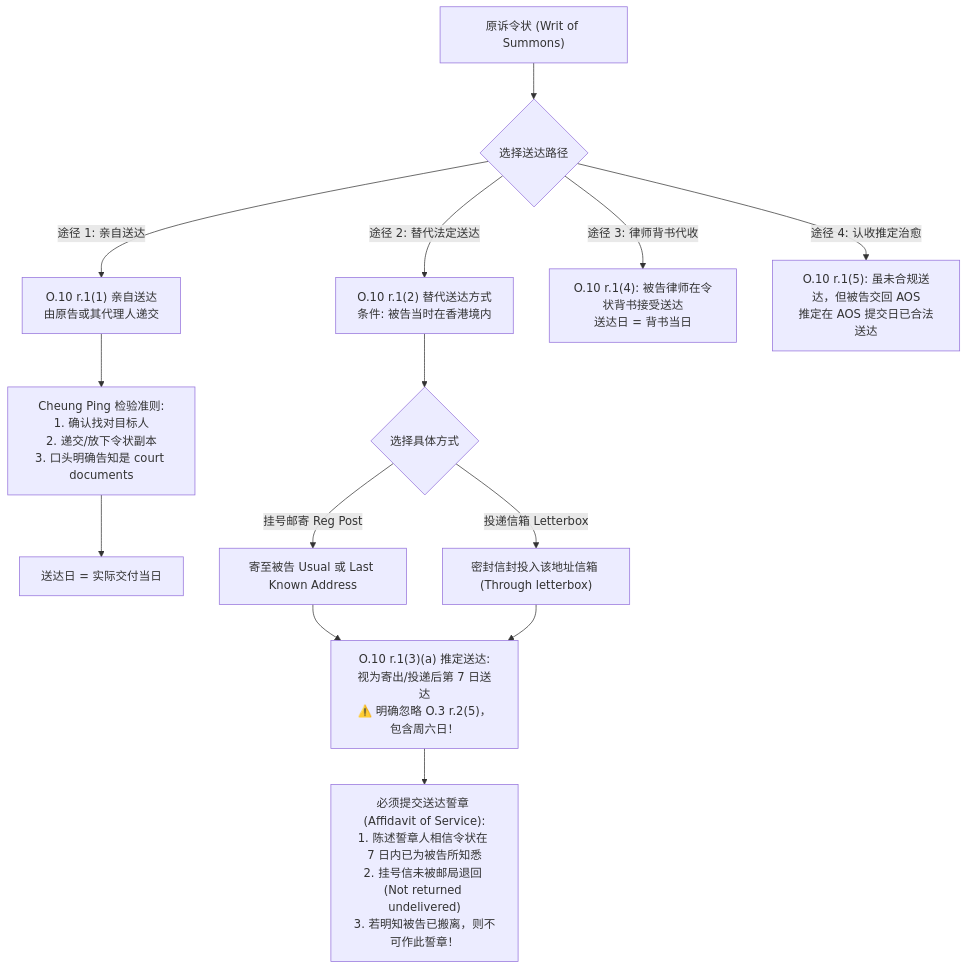
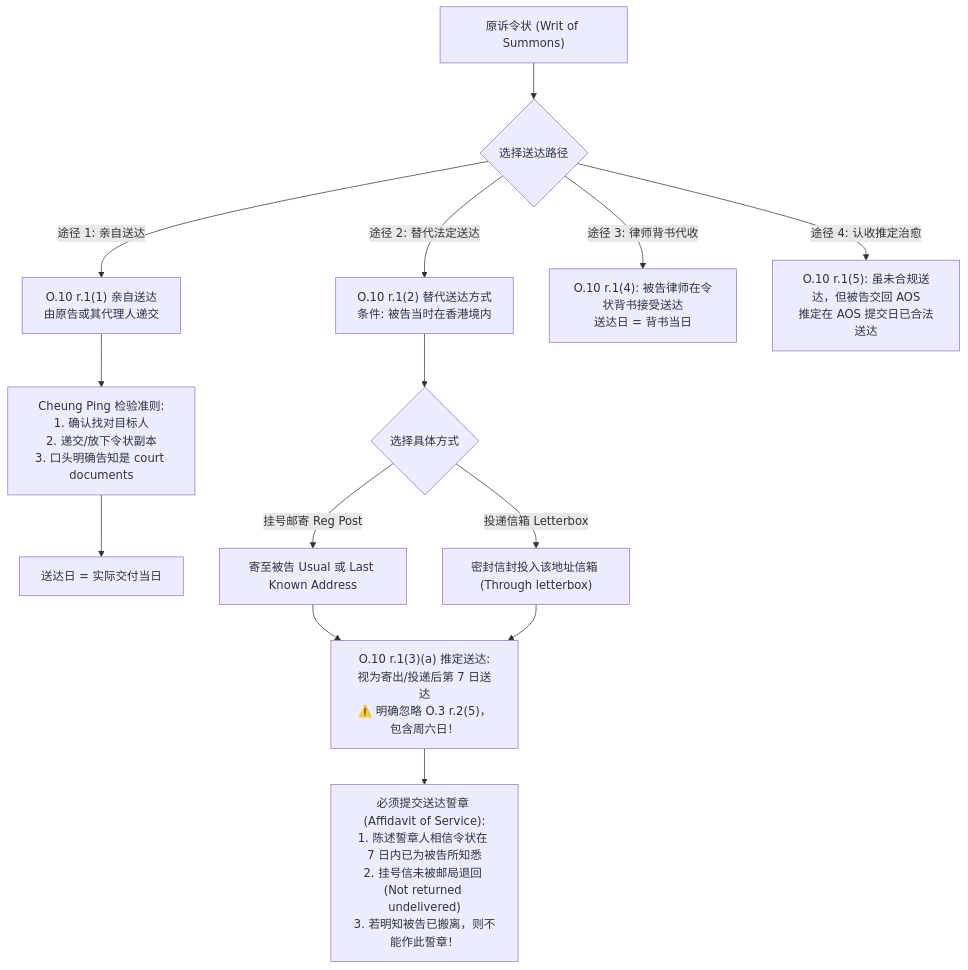
The fourth of 11 diagrams in src/content/docs/institutions/co03-service-and-aos.md (mixxmax/pcll-litigation-cards), drawn with Mermaid before and after one commit. The commit also changed other lines of this file and 2 other files, not shown here.

````diff
--- a/src/content/docs/institutions/co03-service-and-aos.md
+++ b/src/content/docs/institutions/co03-service-and-aos.md
@@ -322,22 +322,22 @@
 ```mermaid
 flowchart TD
     OrigWrit["原诉令状 (Writ of Summons)"] --> ServType{"选择送达路径"}
     
     ServType -->|"途径 1: 亲自送达"| PS["O.10 r.1(1) 亲自送达<br>由原告或其代理人递交"]
     PS --> PS_Req["Cheung Ping 检验准则:<br>1. 确认找对目标人<br>2. 递交/放下令状副本<br>3. 口头明确告知是 court documents"]
     PS_Req --> PS_Date["送达日 = 实际交付当日"]
     
     ServType -->|"途径 2: 替代法定送达"| Alt["O.10 r.1(2) 替代送达方式<br>条件: 被告当时在香港境内"]
     Alt --> AltOpt{"选择具体方式"}
     AltOpt -->|"挂号邮寄 Reg Post"| RegPost["寄至被告 Usual 或 Last Known Address"]
     AltOpt -->|"投递信箱 Letterbox"| BoxPost["密封信封投入该地址信箱 (Through letterbox)"]
     
     RegPost --> DeemCalc["O.10 r.1(3)(a) 推定送达:<br>视为寄出/投递后第 7 日送达<br>⚠️ 明确忽略 O.3 r.2(5)，包含周六日！"]
     BoxPost --> DeemCalc
     
-    DeemCalc --> AffReq["必须提交送达誓章 (Affidavit of Service):<br>1. 陈述誓章人相信令状在 7 日内已为被告所知悉<br>2. 挂号信未被邮局退回 (Not returned undelivered)<br>3. 若明知被告已搬离，则不可作此誓章！"]
+    DeemCalc --> AffReq["必须提交送达誓章 (Affidavit of Service):<br>1. 陈述誓章人相信令状在 7 日内已为被告所知悉<br>2. 挂号信未被邮局退回 (Not returned undelivered)<br>3. 若明知被告已搬离，则不能作此誓章！"]
     
     ServType -->|"途径 3: 律师背书代收"| SolEndorse["O.10 r.1(4): 被告律师在令状背书接受送达<br>送达日 = 背书当日"]
     
     ServType -->|"途径 4: 认收推定治愈"| AOSCure["O.10 r.1(5): 虽未合规送达，但被告交回 AOS<br>推定在 AOS 提交日已合法送达"]
 ```
````
